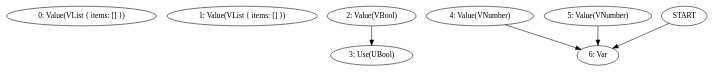
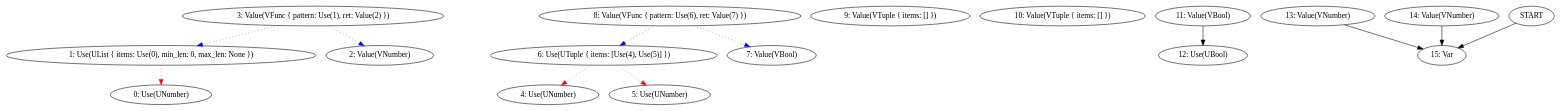
The second of 2 diagrams in docs/log/2025-06-16.md (frondeus/project-s), drawn with Graphviz before and after one commit. The commit also changed other lines of this file and 14 other files, not shown here.

````diff
--- a/docs/log/2025-06-16.md
+++ b/docs/log/2025-06-16.md
@@ -50,16 +66,32 @@
 ```graphviz
 digraph G {
-N0 [label="0: Value(VList { items: [] })"];
-N1 [label="1: Value(VList { items: [] })"];
-N2 [label="2: Value(VBool)"];
-N3 [label="3: Use(UBool)"];
-N4 [label="4: Value(VNumber)"];
-N5 [label="5: Value(VNumber)"];
-N6 [label="6: Var"];
-START -> N6
-N2 -> N3;
-N4 -> N6;
-N5 -> N6;
+N0 [label="0: Use(UNumber)"];
+N1 [label="1: Use(UList { items: Use(0), min_len: 0, max_len: None })"];
+N2 [label="2: Value(VNumber)"];
+N3 [label="3: Value(VFunc { pattern: Use(1), ret: Value(2) })"];
+N4 [label="4: Use(UNumber)"];
+N5 [label="5: Use(UNumber)"];
+N6 [label="6: Use(UTuple { items: [Use(4), Use(5)] })"];
+N7 [label="7: Value(VBool)"];
+N8 [label="8: Value(VFunc { pattern: Use(6), ret: Value(7) })"];
+N9 [label="9: Value(VTuple { items: [] })"];
+N10 [label="10: Value(VTuple { items: [] })"];
+N11 [label="11: Value(VBool)"];
+N12 [label="12: Use(UBool)"];
+N13 [label="13: Value(VNumber)"];
+N14 [label="14: Value(VNumber)"];
+N15 [label="15: Var"];
+START -> N15
+N1 -> N0 [color=red, style=dotted];
+N3 -> N1 [color=blue, style=dotted];
+N3 -> N2 [color=blue, style=dotted];
+N6 -> N4 [color=red, style=dotted];
+N6 -> N5 [color=red, style=dotted];
+N8 -> N6 [color=blue, style=dotted];
+N8 -> N7 [color=blue, style=dotted];
+N11 -> N12;
+N13 -> N15;
+N14 -> N15;
 }
 
 ```
````
